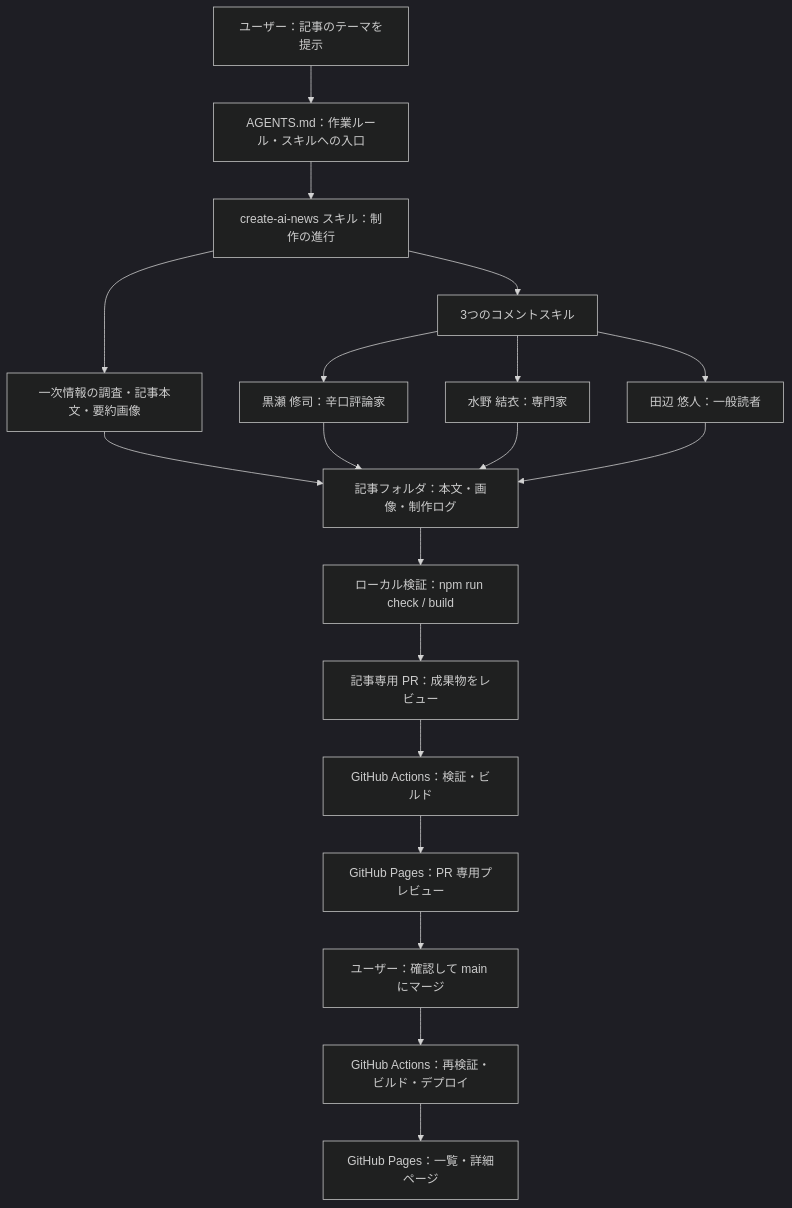
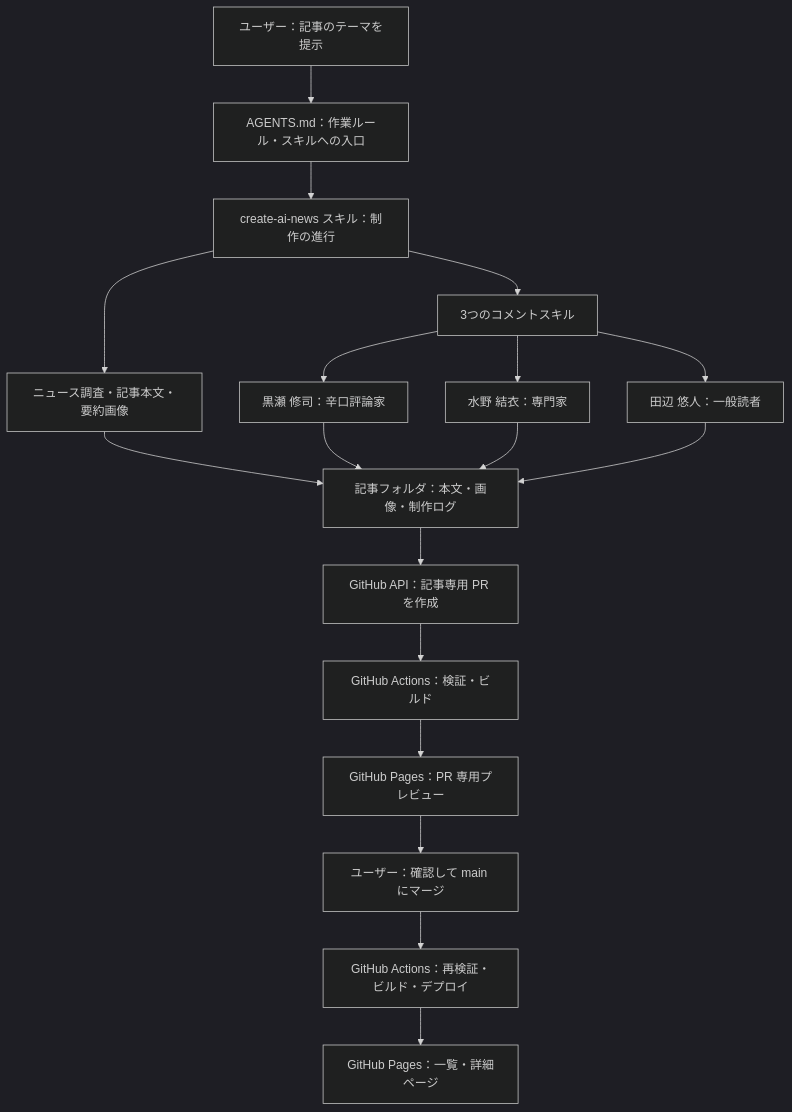
The diagram in docs/harness-architecture.md (yamashita-shingo/ai-news), drawn with Mermaid (dark theme) before and after one commit. The commit also changed other lines of this file and 8 other files, not shown here.

````diff
--- a/docs/harness-architecture.md
+++ b/docs/harness-architecture.md
@@ -7,21 +7,20 @@
 ```mermaid
 flowchart TD
     U["ユーザー：記事のテーマを提示"] --> A["AGENTS.md：作業ルール・スキルへの入口"]
     A --> S["create-ai-news スキル：制作の進行"]
-    S --> R["一次情報の調査・記事本文・要約画像"]
+    S --> R["ニュース調査・記事本文・要約画像"]
     S --> C["3つのコメントスキル"]
     C --> CA["黒瀬 修司：辛口評論家"]
     C --> CB["水野 結衣：専門家"]
     C --> CC["田辺 悠人：一般読者"]
     R --> F["記事フォルダ：本文・画像・制作ログ"]
     CA --> F
     CB --> F
     CC --> F
-    F --> V["ローカル検証：npm run check / build"]
-    V --> PR["記事専用 PR：成果物をレビュー"]
+    F --> PR["GitHub API：記事専用 PR を作成"]
     PR --> CI["GitHub Actions：検証・ビルド"]
     CI --> PRE["GitHub Pages：PR 専用プレビュー"]
     PRE --> H["ユーザー：確認して main にマージ"]
     H --> DEP["GitHub Actions：再検証・ビルド・デプロイ"]
     DEP --> P["GitHub Pages：一覧・詳細ページ"]
 ```
````
